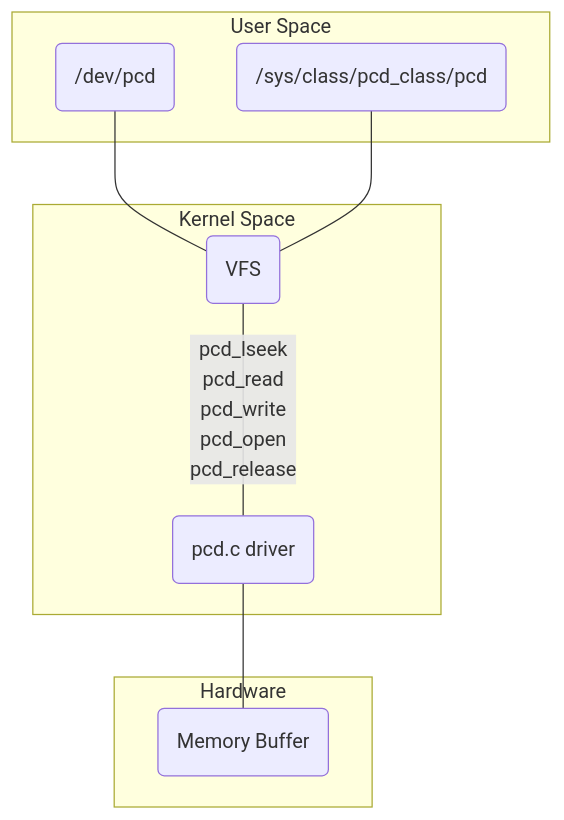
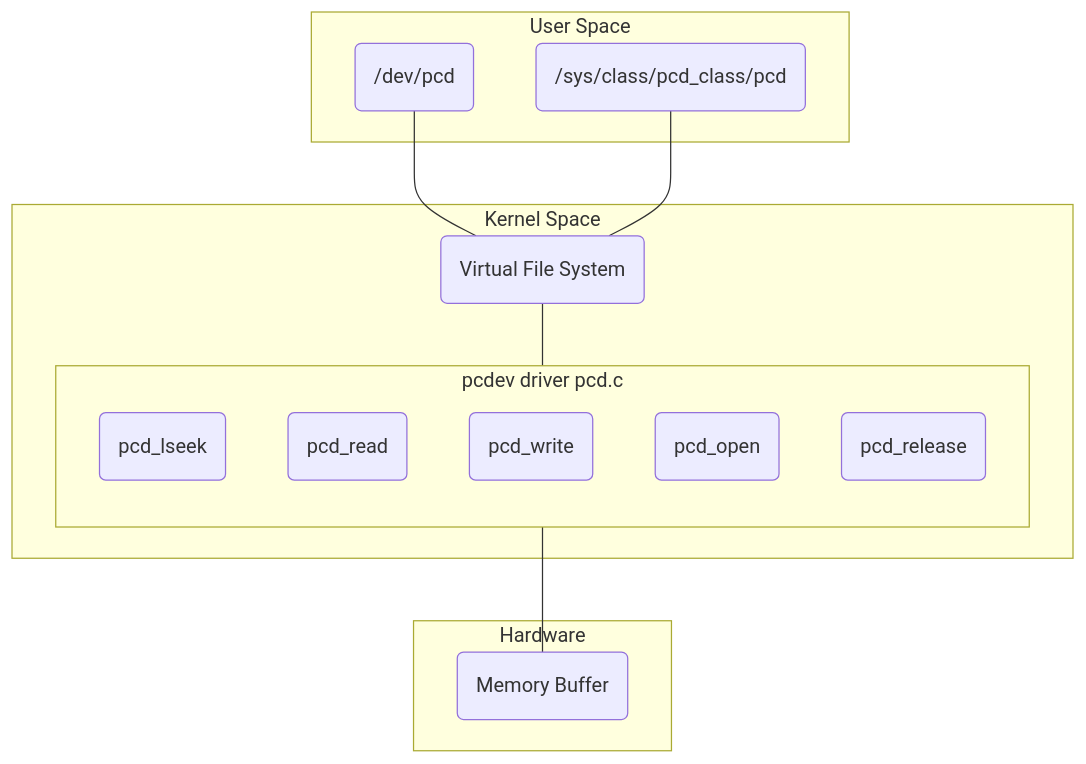
The diagram in custom_drivers/pseudo_char_drv/README.md (maherme/beaglebone-black-examples), drawn with Mermaid before and after one commit.

````diff
--- a/custom_drivers/pseudo_char_drv/README.md
+++ b/custom_drivers/pseudo_char_drv/README.md
@@ -15,14 +15,21 @@
 ```mermaid
   flowchart BT
     subgraph Hardware
       A(Memory Buffer)
     end
     subgraph Kernel Space
-      A --- B(pcd.c driver)
-      B --- |pcd_lseek\n pcd_read\n pcd_write\n pcd_open\n pcd_release|C(VFS)
+      subgraph pcdev [pcdev driver pcd.c]
+        B1(pcd_lseek)
+        B2(pcd_read)
+        B3(pcd_write)
+        B4(pcd_open)
+        B5(pcd_release)
+      end
+      A --- pcdev
+      pcdev --- C(Virtual File System)
     end
     subgraph User Space
       C --- D(/dev/pcd)
       C --- E(/sys/class/pcd_class/pcd)
     end
 ```
````
